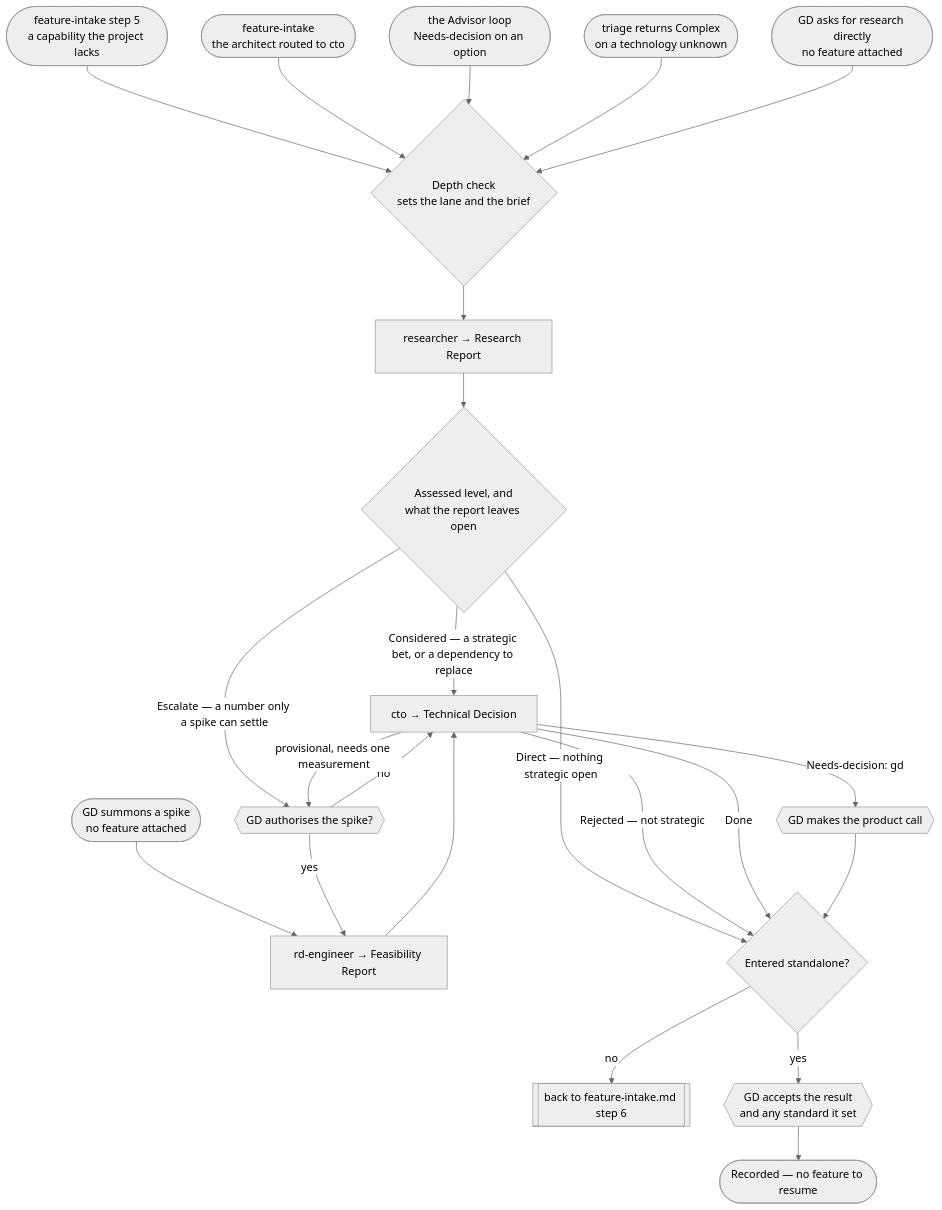
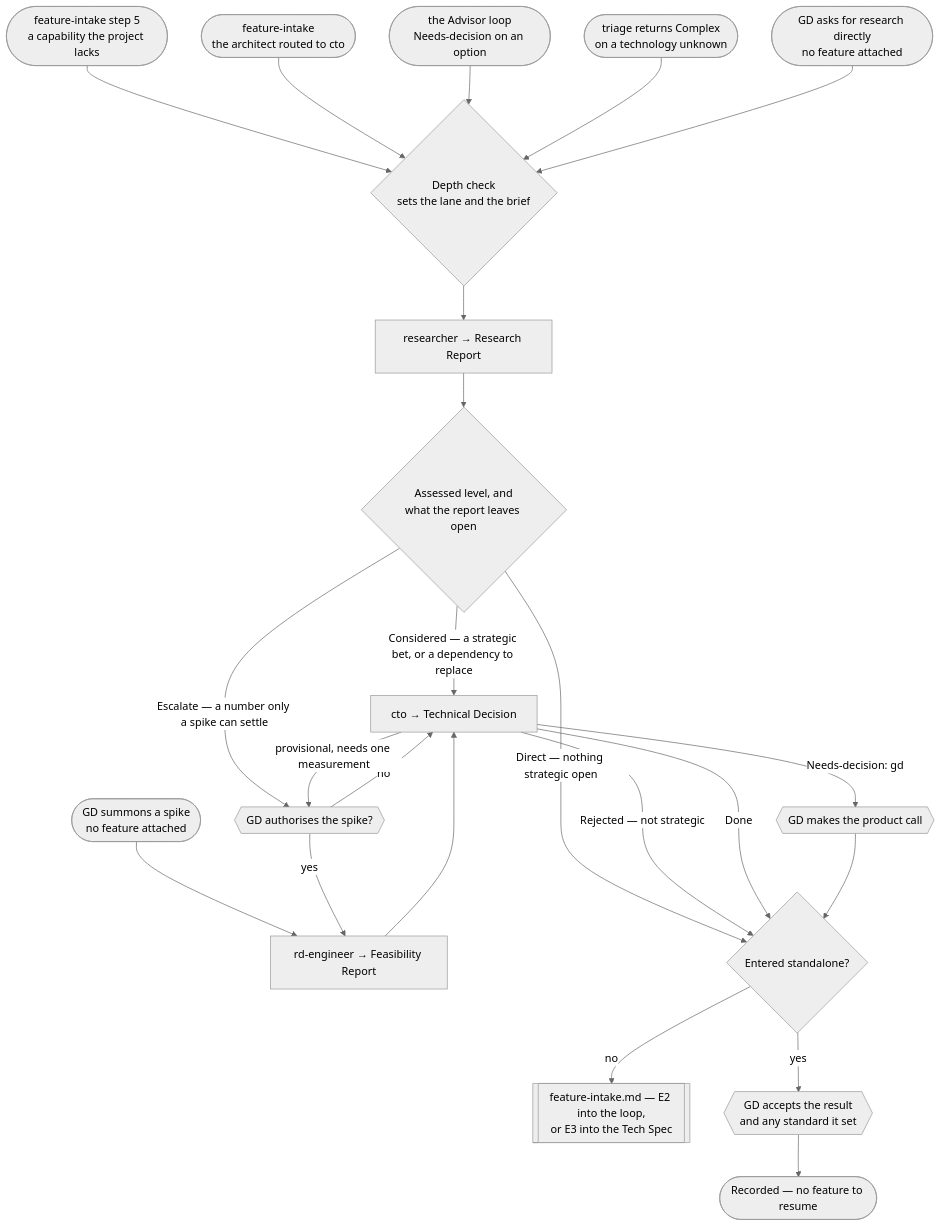
Before and after one commit to PhuNguyen182/AI-For-Game-Development: the diagram in .claude/workflows/research-decision.md, drawn with Mermaid (neutral theme). The commit also changed other lines of this file and 5 other files, not shown here.

````diff
--- a/.claude/workflows/research-decision.md
+++ b/.claude/workflows/research-decision.md
@@ -53,30 +53,30 @@
 ```mermaid
 flowchart TD
     E1([feature-intake step 5<br/>a capability the project lacks]) --> Depth
     E2([feature-intake<br/>the architect routed to cto]) --> Depth
     E3([the Advisor loop<br/>Needs-decision on an option]) --> Depth
     E4([triage returns Complex<br/>on a technology unknown]) --> Depth
     E5([GD asks for research directly<br/>no feature attached]) --> Depth
     E6([GD summons a spike<br/>no feature attached]) --> RD[rd-engineer → Feasibility Report]
 
     Depth{Depth check<br/>sets the lane and the brief} --> Res[researcher → Research Report]
     Res --> RQ{Assessed level, and<br/>what the report leaves open}
 
     RQ -->|"Direct — nothing strategic open"| Exit{Entered standalone?}
     RQ -->|"Considered — a strategic bet, or a dependency to replace"| Cto[cto → Technical Decision]
     RQ -->|"Escalate — a number only a spike can settle"| Ask{{GD authorises the spike?}}
 
     Ask -->|no| Cto
     Ask -->|yes| RD
     RD --> Cto
 
     Cto -->|"Rejected — not strategic"| Exit
     Cto -->|"provisional, needs one measurement"| Ask
     Cto -->|"Needs-decision: gd"| GDCall{{GD makes the product call}}
     Cto -->|Done| Exit
 
     GDCall --> Exit
-    Exit -->|no| Back[[back to feature-intake.md step 6]]
+    Exit -->|no| Back[[feature-intake.md — E2 into the loop,<br/>or E3 into the Tech Spec]]
     Exit -->|yes| CPX{{GD accepts the result<br/>and any standard it set}}
     CPX --> Stop([Recorded — no feature to resume])
 ```
````
